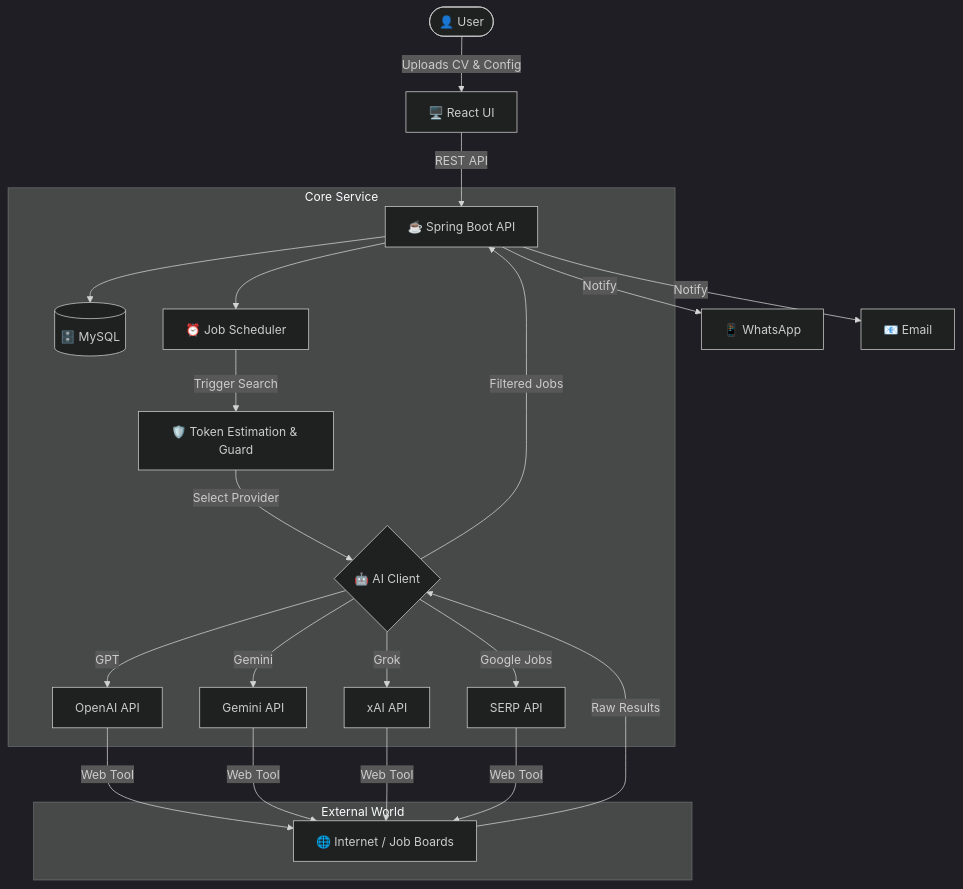
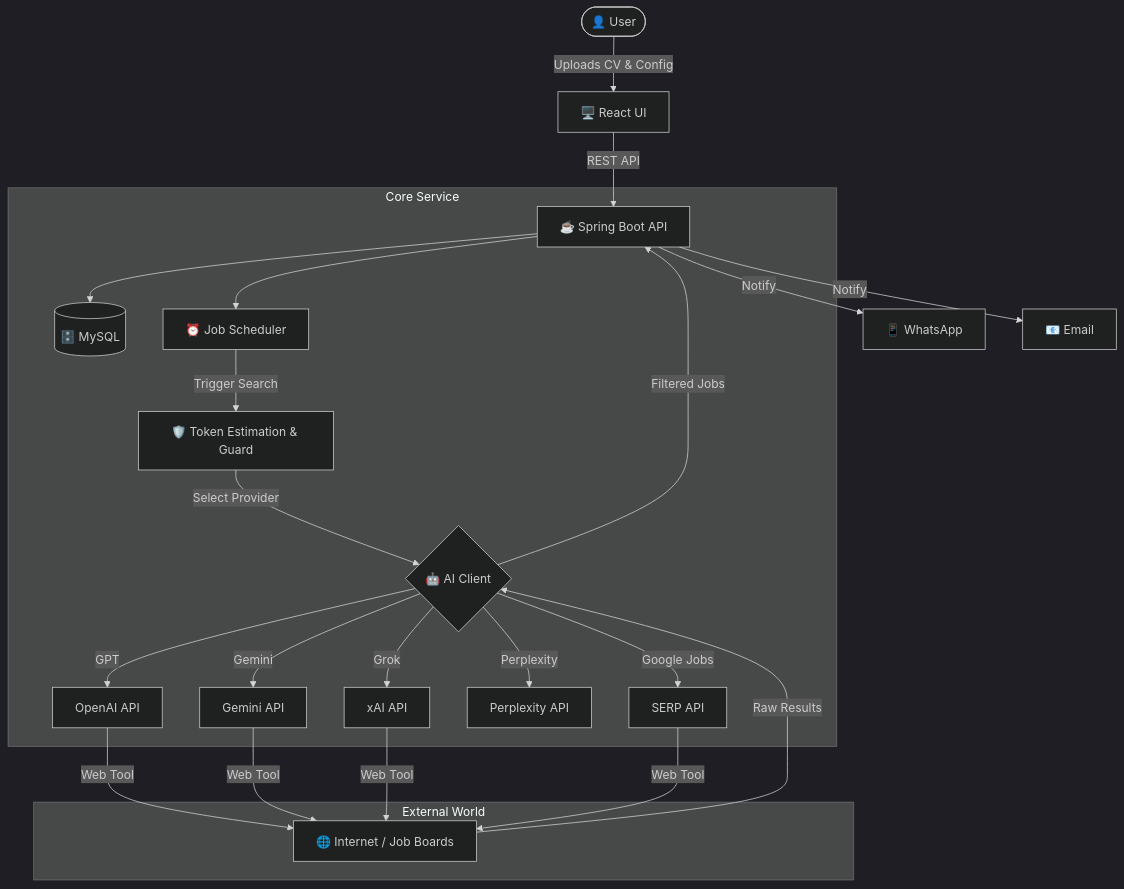
One commit to crisnct/jobshunter changed the diagram in README.md. Above: the diagram before and after it, drawn with Mermaid (dark theme). The commit also changed other lines of this file and 76 other files, not shown here.

````diff
--- a/README.md
+++ b/README.md
@@ -42,28 +42,29 @@
 ```mermaid
 graph TD
     User([👤 User]) -->|Uploads CV & Config| UI[🖥️ React UI]
     UI -->|REST API| API[☕ Spring Boot API]
     
     subgraph "Core Service"
         API --> DB[(🗄️ MySQL)]
         API --> Scheduler[⏰ Job Scheduler]
         
         Scheduler -->|Trigger Search| AI_Guard[🛡️ Token Estimation & Guard]
         AI_Guard -->|Select Provider| AI_Client{🤖 AI Client}
         
         AI_Client -->|GPT| OpenAI[OpenAI API]
         AI_Client -->|Gemini| Google[Gemini API]
         AI_Client -->|Grok| xAI[xAI API]
+        AI_Client -->|Perplexity| Perplexity[Perplexity API]
         AI_Client -->|Google Jobs| Serp[SERP API]
     end
     
     subgraph "External World"
         OpenAI & Google & xAI & Serp -->|Web Tool| Web[🌐 Internet / Job Boards]
     end
     
     Web -->|Raw Results| AI_Client
     AI_Client -->|Filtered Jobs| API
     
     API -->|Notify| WhatsApp[📱 WhatsApp]
     API -->|Notify| Email[📧 Email]
 ```
````
